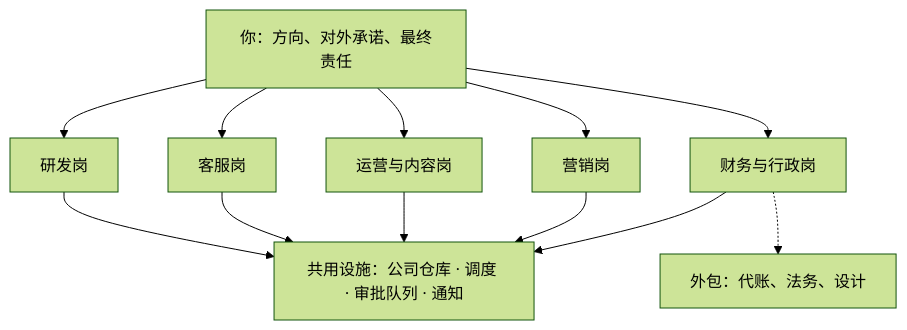
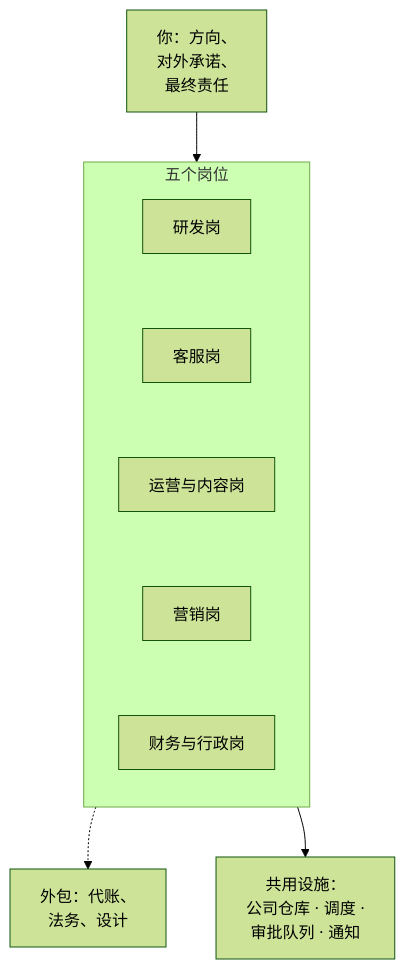
The first of 2 diagrams in books/ai-native-opc/01-ai-native-opc.md (jarvis-pro/hatch-shelf), drawn with Mermaid (forest theme) before and after one commit. The commit also changed other lines of this file and 432 other files, not shown here.

````diff
--- a/books/ai-native-opc/01-ai-native-opc.md
+++ b/books/ai-native-opc/01-ai-native-opc.md
@@ -58,11 +58,11 @@
 ```mermaid
 flowchart TB
-  BOSS["你：方向、对外承诺、最终责任"]
-  BOSS --> ENG["研发岗"]
-  BOSS --> CS["客服岗"]
-  BOSS --> OPS["运营与内容岗"]
-  BOSS --> MKT["营销岗"]
-  BOSS --> FIN["财务与行政岗"]
-  ENG & CS & OPS & MKT & FIN --> INFRA["共用设施：公司仓库 · 调度 · 审批队列 · 通知"]
-  FIN -.-> EXT["外包：代账、法务、设计"]
+  BOSS["你：方向、<br/>对外承诺、<br/>最终责任"]
+  BOSS --> ROLES
+  subgraph ROLES["五个岗位"]
+    direction TB
+    ENG["研发岗"] ~~~ CS["客服岗"] ~~~ OPS["运营与内容岗"] ~~~ MKT["营销岗"] ~~~ FIN["财务与行政岗"]
+  end
+  ROLES --> INFRA["共用设施：<br/>公司仓库 · 调度 ·<br/>审批队列 · 通知"]
+  FIN -.-> EXT["外包：代账、<br/>法务、设计"]
 ```
````
